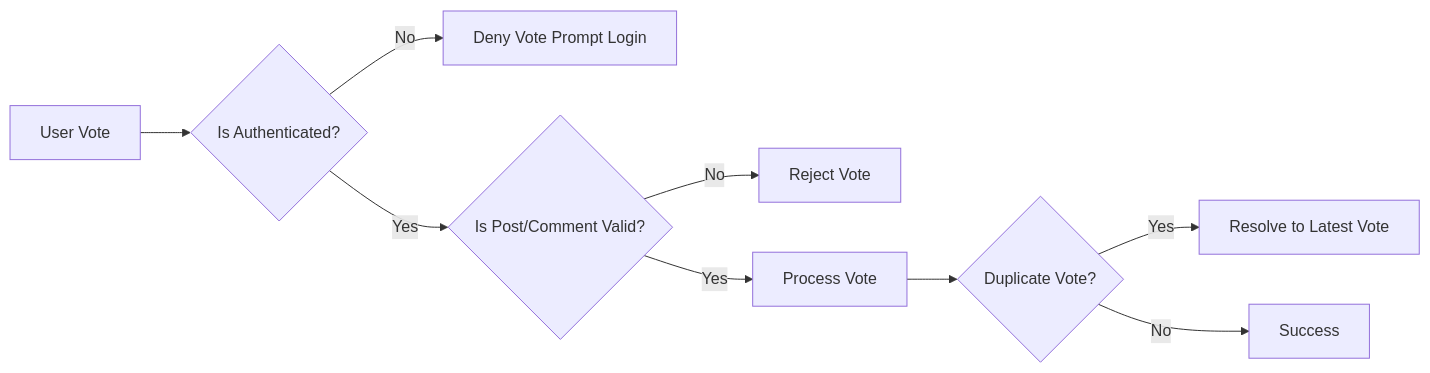
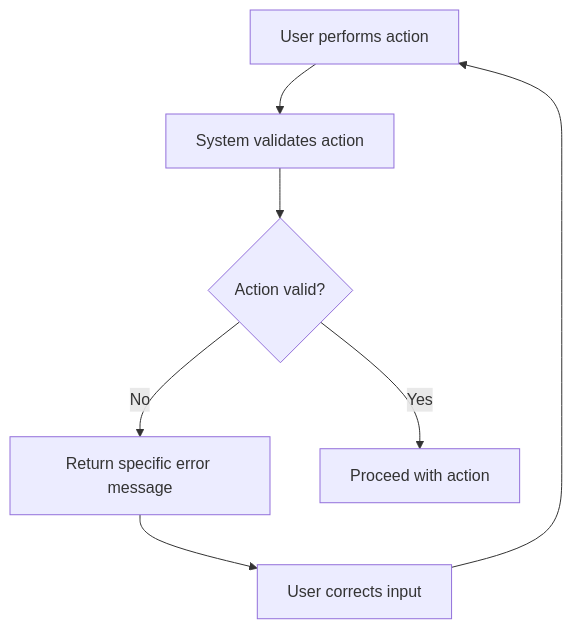
Before and after one commit to wrtnlabs/autobe-examples: the second of 2 diagrams in openai/gpt-4.1-mini/reddit/docs/analysis/06-error-handling.md, drawn with Mermaid. The commit also changed other lines of this file and 16146 other files, not shown here.

````diff
--- a/openai/gpt-4.1-mini/reddit/docs/analysis/06-error-handling.md
+++ b/openai/gpt-4.1-mini/reddit/docs/analysis/06-error-handling.md
@@ -112,11 +58,9 @@
 ```mermaid
-graph LR
-  A["User Vote"] --> B{"Is Authenticated?"}
-  B -->|"No"| C["Deny Vote Prompt Login"]
-  B -->|"Yes"| D{"Is Post/Comment Valid?"}
-  D -->|"No"| E["Reject Vote"]
-  D -->|"Yes"| F["Process Vote"]
-  F --> G{"Duplicate Vote?"}
-  G -->|"Yes"| H["Resolve to Latest Vote"]
-  G -->|"No"| I["Success"]
+graph TD
+  A["User performs action"] --> B["System validates action"]
+  B --> C{"Action valid?"}
+  C -->|"No"| D["Return specific error message"]
+  D --> E["User corrects input"]
+  E --> A
+  C -->|"Yes"| F["Proceed with action"]
 ```
````
